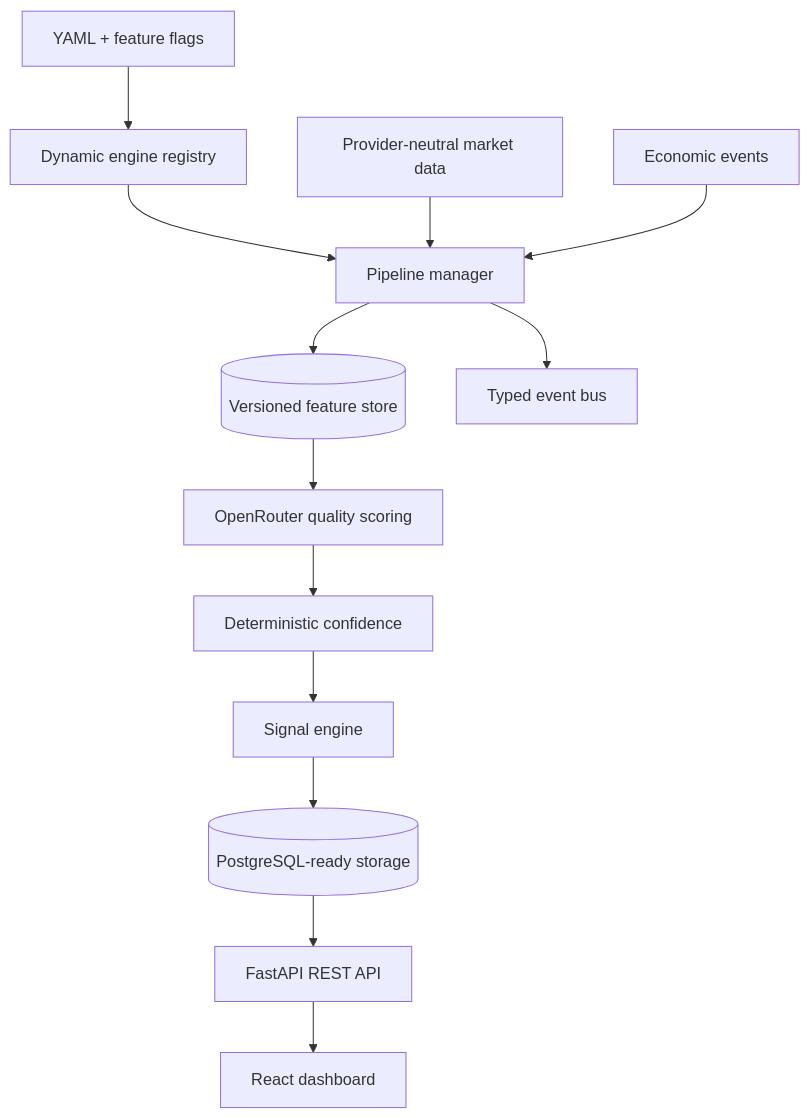
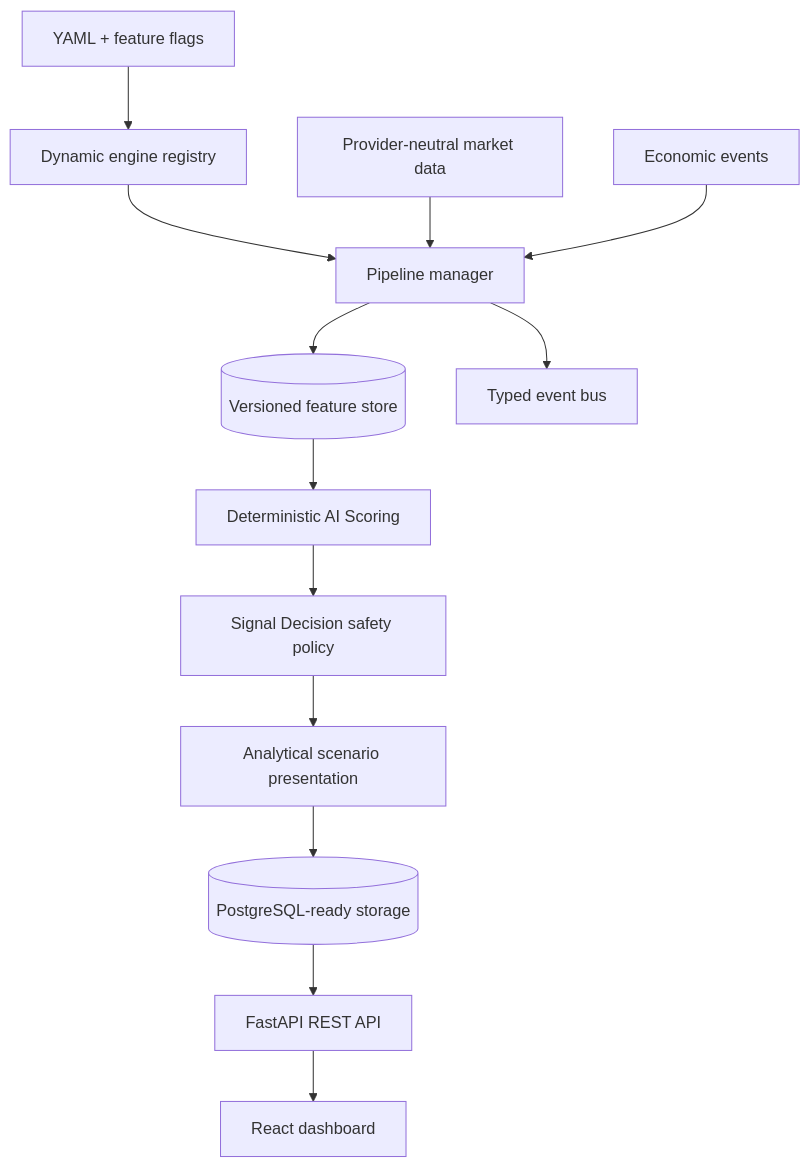
Before and after one commit to Typhon-Namira/Ten: the diagram in README.md, drawn with Mermaid. The commit also changed other lines of this file and 38 other files, not shown here.

Commit message:
feat(signal-decision): implement production signal decision engine

````diff
--- a/README.md
+++ b/README.md
@@ -32,15 +32,15 @@
 ```mermaid
 flowchart TD
   CFG[YAML + feature flags] --> REG[Dynamic engine registry]
   REG --> PM[Pipeline manager]
   MD[Provider-neutral market data] --> PM
   EC[Economic events] --> PM
   PM --> FS[(Versioned feature store)]
   PM --> EB[Typed event bus]
-  FS --> OR[OpenRouter quality scoring]
-  OR --> CC[Deterministic confidence]
-  CC --> SE[Signal engine]
+  FS --> AI[Deterministic AI Scoring]
+  AI --> SD[Signal Decision safety policy]
+  SD --> SE[Analytical scenario presentation]
   SE --> DB[(PostgreSQL-ready storage)]
   DB --> API[FastAPI REST API]
   API --> FE[React dashboard]
 ```
````
